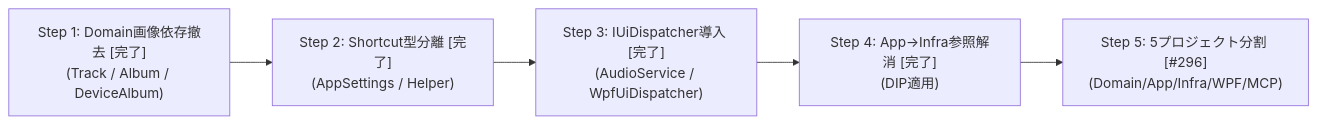
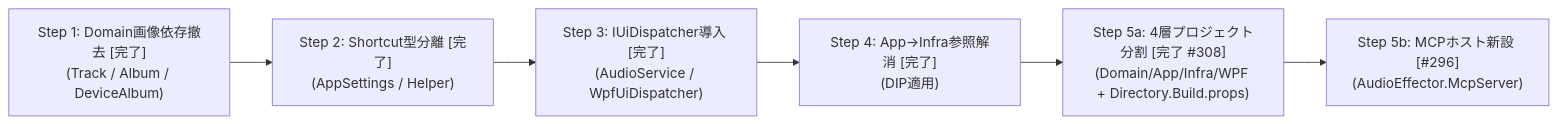
The fourth of 4 diagrams in 設計/詳細設計/アーキテクチャ/アーキテクチャ全体設計書.md (taketonnbo/Audio_Effector), drawn with Mermaid before and after one commit. The commit also changed other lines of this file and 2 other files, not shown here.

````diff
--- a/設計/詳細設計/アーキテクチャ/アーキテクチャ全体設計書.md
+++ b/設計/詳細設計/アーキテクチャ/アーキテクチャ全体設計書.md
@@ -213,7 +217,8 @@
 ```mermaid
 flowchart LR
     S1["Step 1: Domain画像依存撤去 [完了]<br/>(Track / Album / DeviceAlbum)"] --> S2["Step 2: Shortcut型分離 [完了]<br/>(AppSettings / Helper)"]
     S2 --> S3["Step 3: IUiDispatcher導入 [完了]<br/>(AudioService / WpfUiDispatcher)"]
     S3 --> S4["Step 4: App→Infra参照解消 [完了]<br/>(DIP適用)"]
-    S4 --> S5["Step 5: 5プロジェクト分割 [#296]<br/>(Domain/App/Infra/WPF/MCP)"]
+    S4 --> S5a["Step 5a: 4層プロジェクト分割 [完了 #308]<br/>(Domain/App/Infra/WPF + Directory.Build.props)"]
+    S5a --> S5b["Step 5b: MCPホスト新設 [#296]<br/>(AudioEffector.McpServer)"]
 ```
````
